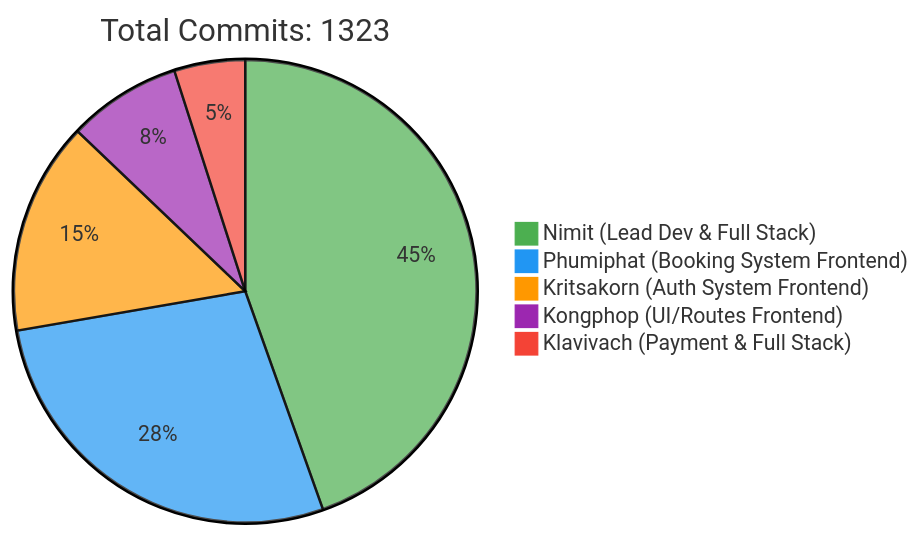
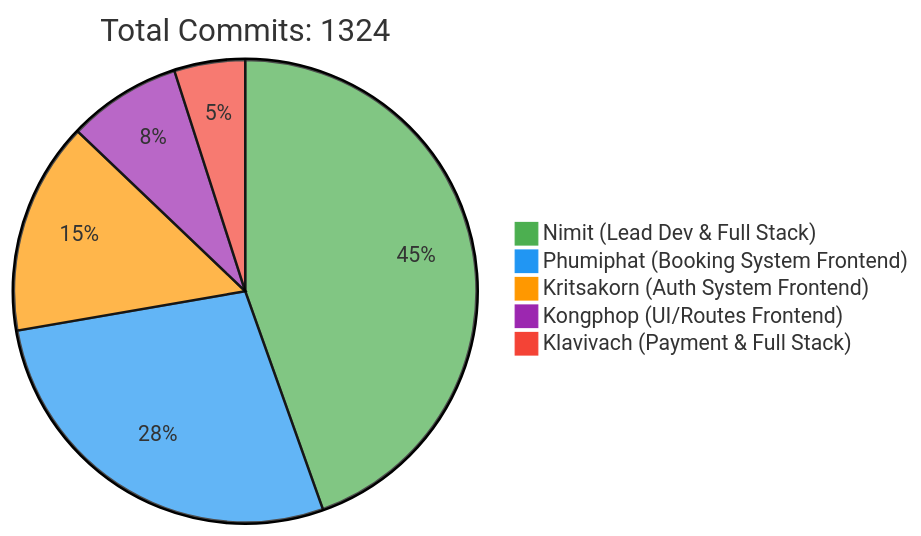
The first of 2 diagrams in README.md (6531503042/Sport-Complex), drawn with Mermaid before and after one commit. The commit also changed other lines of this file, not shown here.

Commit message:
docs: Update contributor statistics [skip ci]

````diff
--- a/README.md
+++ b/README.md
@@ -257,10 +257,10 @@
 ```mermaid
 %%{init: {'theme': 'base', 'themeVariables': { 'pie1': '#4CAF50', 'pie2': '#2196F3', 'pie3': '#FF9800', 'pie4': '#9C27B0', 'pie5': '#F44336'}}}%%
 pie
-    title Total Commits: 1323
+    title Total Commits: 1324
     "Nimit (Lead Dev & Full Stack)" : 450
     "Phumiphat (Booking System Frontend)" : 280
     "Kritsakorn (Auth System Frontend)" : 150
     "Kongphop (UI/Routes Frontend)" : 80
     "Klavivach (Payment & Full Stack)" : 50
 ```
````
